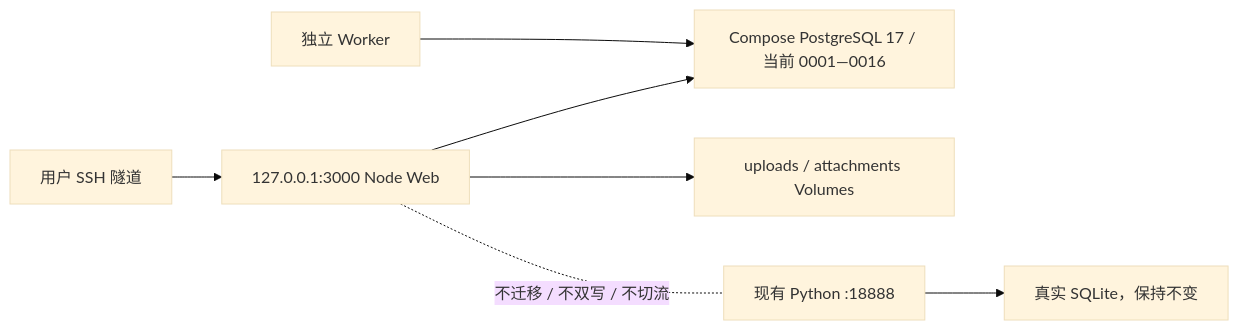
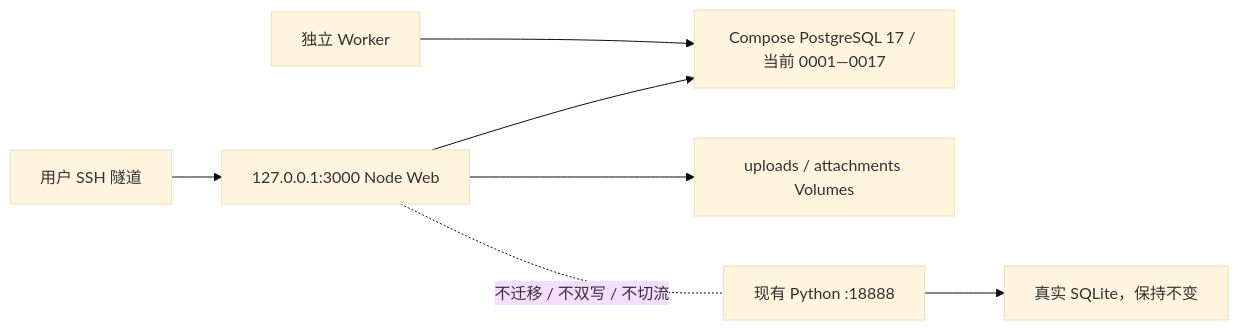
One commit to 3443176848/chenyida changed the fourth of 14 diagrams in docs/project/ARCHITECTURE.md. Above: the diagram before and after it, drawn with Mermaid (base theme). The commit also changed other lines of this file and 10 other files, not shown here.

````diff
--- a/docs/project/ARCHITECTURE.md
+++ b/docs/project/ARCHITECTURE.md
@@ -46,9 +65,9 @@
 ```mermaid
 flowchart LR
     SSH["用户 SSH 隧道"] --> WEB["127.0.0.1:3000 Node Web"]
-    WEB --> PG["Compose PostgreSQL 17 / 当前 0001—0016"]
+    WEB --> PG["Compose PostgreSQL 17 / 当前 0001—0017"]
     WORKER["独立 Worker"] --> PG
     WEB --> FILES["uploads / attachments Volumes"]
     PY["现有 Python :18888"] --> SQLITE["真实 SQLite，保持不变"]
     WEB -. "不迁移 / 不双写 / 不切流" .- PY
 ```
````
